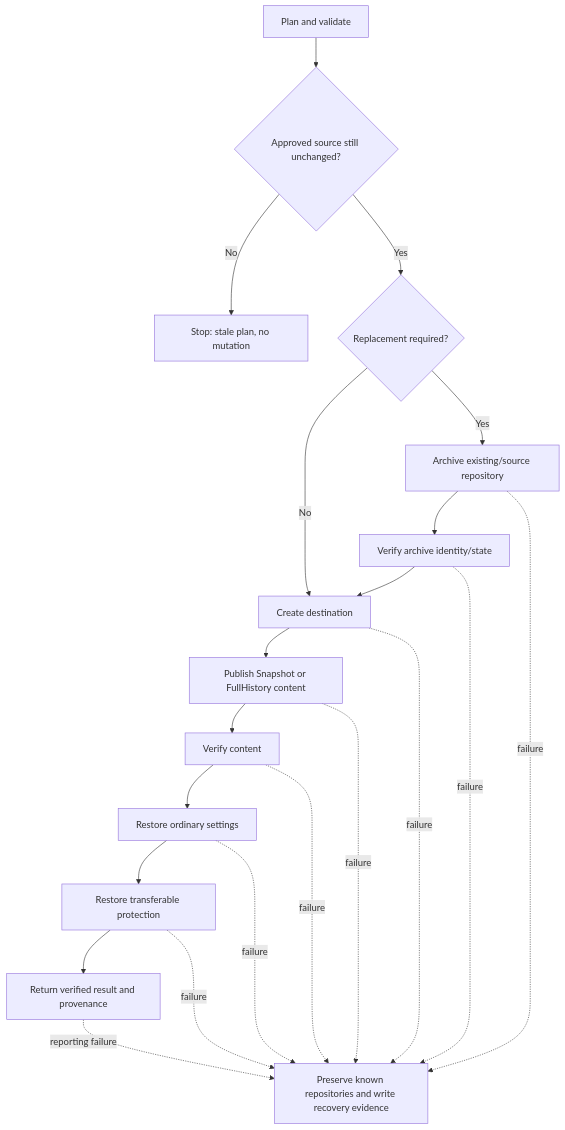
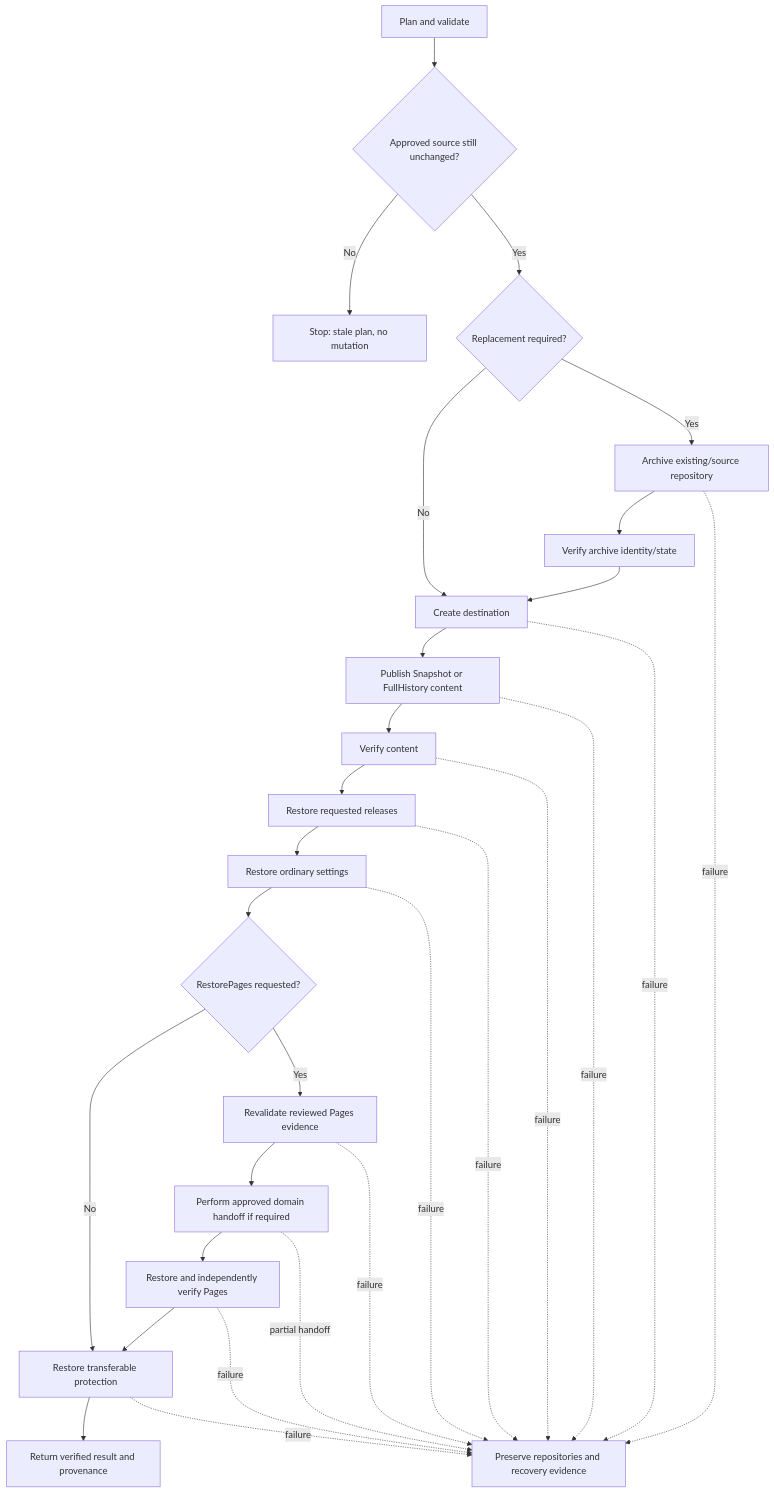
Before and after one commit to infoconex/copy-github-repo: the diagram in docs/user/troubleshooting-recovery.md, drawn with Mermaid. The commit also changed other lines of this file, not shown here.

Commit message:
docs: add Pages replacement recovery guidance

````diff
--- a/docs/user/troubleshooting-recovery.md
+++ b/docs/user/troubleshooting-recovery.md
@@ -35,24 +39,32 @@
 ```mermaid
 flowchart TD
     A[Plan and validate] --> B{Approved source still unchanged?}
     B -- No --> S[Stop: stale plan, no mutation]
     B -- Yes --> C{Replacement required?}
     C -- No --> D[Create destination]
     C -- Yes --> E[Archive existing/source repository]
     E --> F[Verify archive identity/state]
     F --> D
     D --> G[Publish Snapshot or FullHistory content]
     G --> H[Verify content]
-    H --> I[Restore ordinary settings]
-    I --> J[Restore transferable protection]
-    J --> K[Return verified result and provenance]
+    H --> I[Restore requested releases]
+    I --> J[Restore ordinary settings]
+    J --> P{RestorePages requested?}
+    P -- No --> Q[Restore transferable protection]
+    P -- Yes --> R[Revalidate reviewed Pages evidence]
+    R --> T[Perform approved domain handoff if required]
+    T --> U[Restore and independently verify Pages]
+    U --> Q
+    Q --> K[Return verified result and provenance]
 
-    E -. failure .-> R[Preserve known repositories and write recovery evidence]
-    F -. failure .-> R
-    D -. failure .-> R
-    G -. failure .-> R
-    H -. failure .-> R
-    I -. failure .-> R
-    J -. failure .-> R
-    K -. reporting failure .-> R
+    E -. failure .-> X[Preserve repositories and recovery evidence]
+    D -. failure .-> X
+    G -. failure .-> X
+    H -. failure .-> X
+    I -. failure .-> X
+    J -. failure .-> X
+    R -. failure .-> X
+    T -. partial handoff .-> X
+    U -. failure .-> X
+    Q -. failure .-> X
 ```
````
